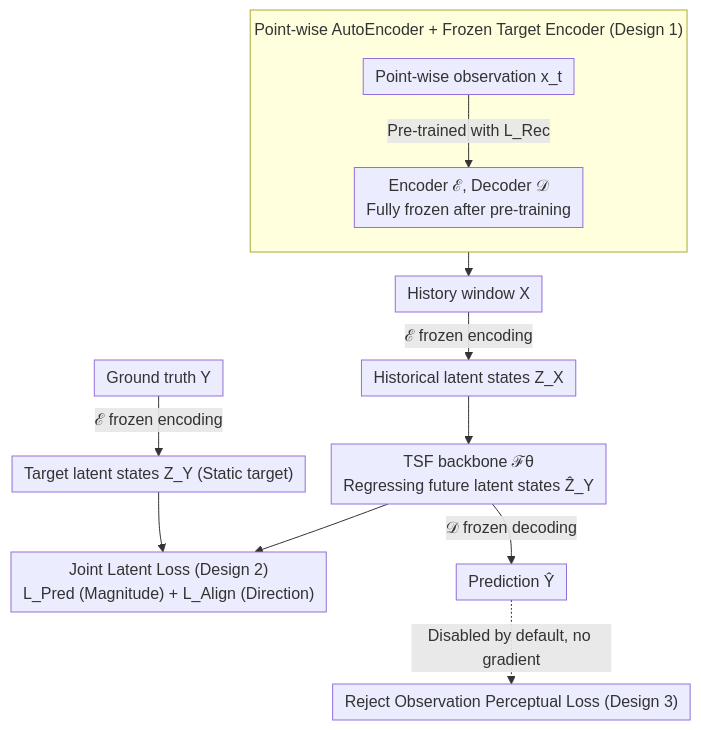
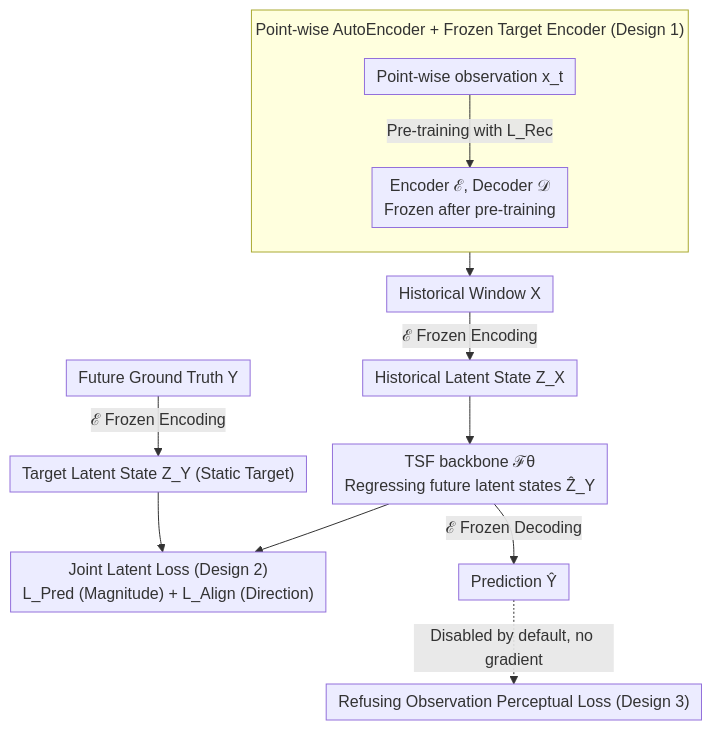
One commit to zhaoyang97/Paper-Notes-en changed the diagram in docs/ICML2026/time_series/from_observations_to_states_latent_time_series_forecasting.md. Above: the diagram before and after it, drawn with Mermaid. The commit also changed other lines of this file and 5084 other files, not shown here.

````diff
--- a/docs/ICML2026/time_series/from_observations_to_states_latent_time_series_forecasting.md
+++ b/docs/ICML2026/time_series/from_observations_to_states_latent_time_series_forecasting.md
@@ -43,16 +43,16 @@
 ```mermaid
 %%{init: {'flowchart': {'rankSpacing': 24, 'nodeSpacing': 26, 'padding': 6, 'wrappingWidth': 420, 'subGraphTitleMargin': {'top': 8, 'bottom': 16}}}}%%
 flowchart TD
     subgraph S1["Point-wise AutoEncoder + Frozen Target Encoder (Design 1)"]
         direction TB
-        P1["Point-wise observation x_t"] -->|"Pre-trained with L_Rec"| P2["Encoder ℰ, Decoder 𝒟<br/>Fully frozen after pre-training"]
+        P1["Point-wise observation x_t"] -->|"Pre-training with L_Rec"| P2["Encoder ℰ, Decoder 𝒟<br/>Frozen after pre-training"]
     end
-    S1 --> A["History window X"]
-    A -->|"ℰ frozen encoding"| ZX["Historical latent states Z_X"]
+    S1 --> A["Historical Window X"]
+    A -->|"ℰ Frozen Encoding"| ZX["Historical Latent State Z_X"]
     ZX --> BK["TSF backbone ℱθ<br/>Regressing future latent states Ẑ_Y"]
-    G["Ground truth Y"] -->|"ℰ frozen encoding"| ZY["Target latent states Z_Y (Static target)"]
+    G["Future Ground Truth Y"] -->|"ℰ Frozen Encoding"| ZY["Target Latent State Z_Y (Static Target)"]
     BK --> LOSS["Joint Latent Loss (Design 2)<br/>L_Pred (Magnitude) + L_Align (Direction)"]
     ZY --> LOSS
-    BK -->|"𝒟 frozen decoding"| YH["Prediction Ŷ"]
-    YH -.->|"Disabled by default, no gradient"| NOP["Reject Observation Perceptual Loss (Design 3)"]
+    BK -->|"ℰ Frozen Decoding"| YH["Prediction Ŷ"]
+    YH -.->|"Disabled by default, no gradient"| NOP["Refusing Observation Perceptual Loss (Design 3)"]
 ```
````
